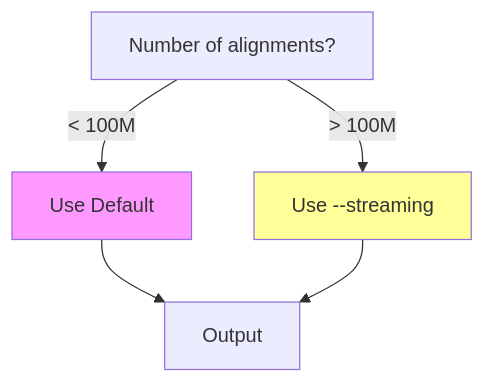
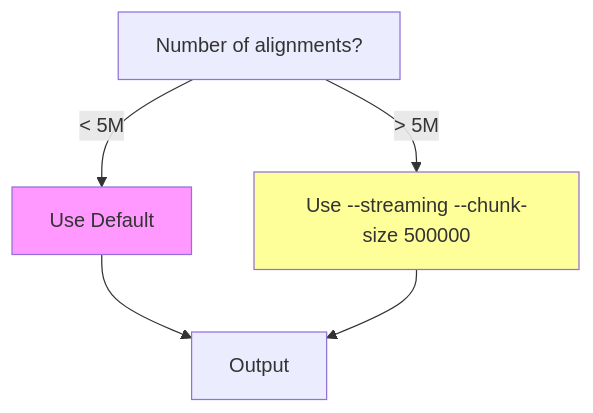
One commit to FOI-Bioinformatics/metadarkmatter changed diagram 11 of 20 in docs/ARCHITECTURE.md. Above: the diagram before and after it, drawn with Mermaid. The commit also changed other lines of this file and 3 other files, not shown here.

````diff
--- a/docs/ARCHITECTURE.md
+++ b/docs/ARCHITECTURE.md
@@ -432,13 +459,13 @@
 ```mermaid
 flowchart TD
     START["Number of alignments?"]
 
-    START --> |"< 100M"| DEFAULT["Use Default"]
-    START --> |"> 100M"| STREAM["Use --streaming"]
+    START --> |"< 5M"| DEFAULT["Use Default"]
+    START --> |"> 5M"| STREAM["Use --streaming --chunk-size 500000"]
 
     DEFAULT --> OUTPUT["Output"]
     STREAM --> OUTPUT
 
     style DEFAULT fill:#f9f
     style STREAM fill:#ff9
 ```
````
